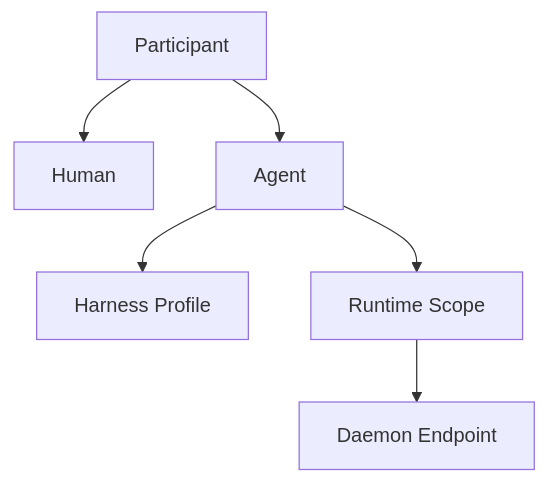
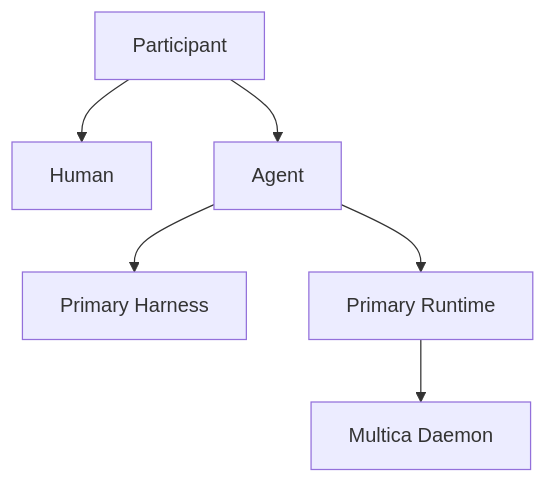
Before and after one commit to Yidada/chatty: the first of 2 diagrams in README.md, drawn with Mermaid. The commit also changed other lines of this file, not shown here.

Commit message:
docs: make Multica the runtime backend

````diff
--- a/README.md
+++ b/README.md
@@ -123,8 +118,8 @@
 ```mermaid
 flowchart TD
     P[Participant] --> H[Human]
     P --> A[Agent]
-    A --> X[Harness Profile]
-    A --> R[Runtime Scope]
-    R --> D[Daemon Endpoint]
+    A --> X[Primary Harness]
+    A --> R[Primary Runtime]
+    R --> D[Multica Daemon]
 ```
````
